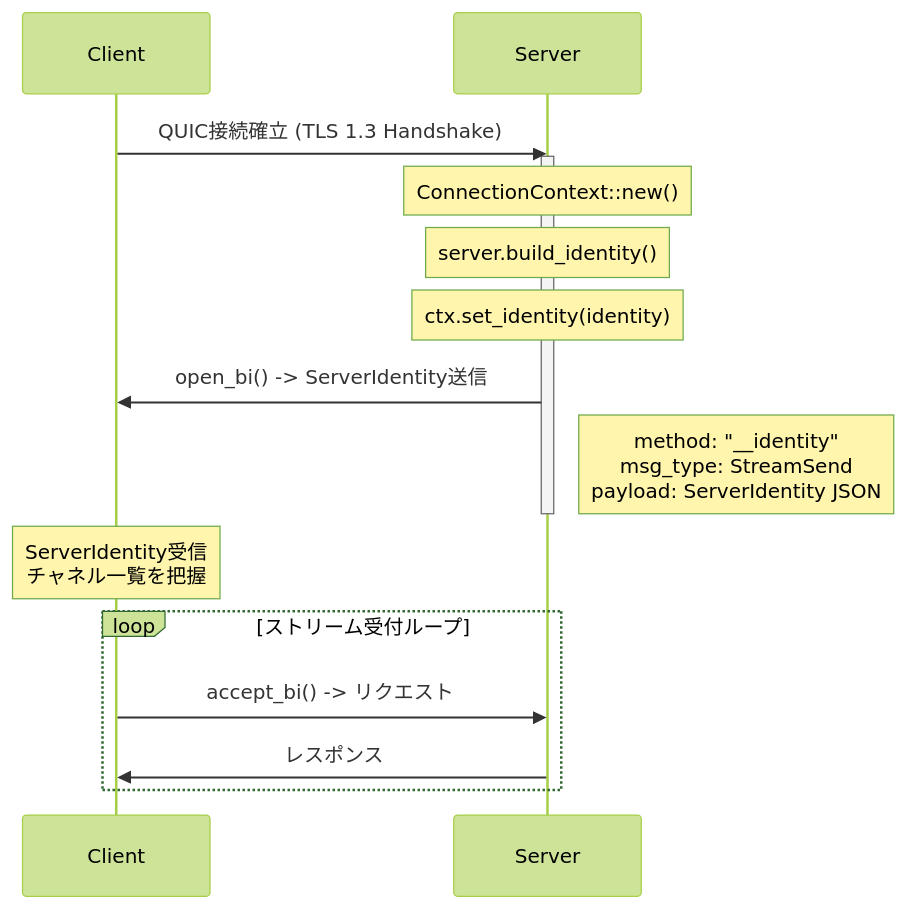
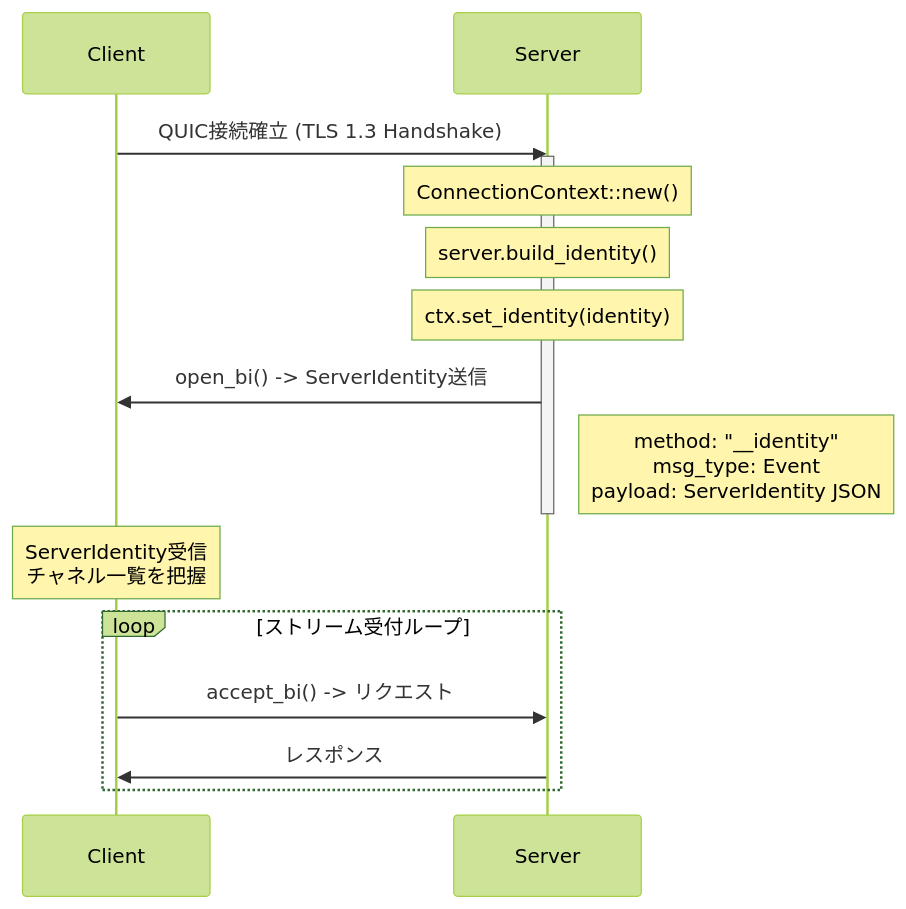
The second of 6 diagrams in design/quic-runtime.md (chronista-club/unison), drawn with Mermaid (forest theme) before and after one commit. The commit also changed other lines of this file and 33 other files, not shown here.

````diff
--- a/design/quic-runtime.md
+++ b/design/quic-runtime.md
@@ -104,24 +104,24 @@
 ```mermaid
 sequenceDiagram
     participant C as Client
     participant S as Server
 
     C->>S: QUIC接続確立 (TLS 1.3 Handshake)
     activate S
 
     Note over S: ConnectionContext::new()
     Note over S: server.build_identity()
     Note over S: ctx.set_identity(identity)
 
     S->>C: open_bi() -> ServerIdentity送信
-    Note right of S: method: "__identity"<br/>msg_type: StreamSend<br/>payload: ServerIdentity JSON
+    Note right of S: method: "__identity"<br/>msg_type: Event<br/>payload: ServerIdentity JSON
 
     deactivate S
 
     Note over C: ServerIdentity受信<br/>チャネル一覧を把握
 
     loop ストリーム受付ループ
         C->>S: accept_bi() -> リクエスト
         S->>C: レスポンス
     end
 ```
````
